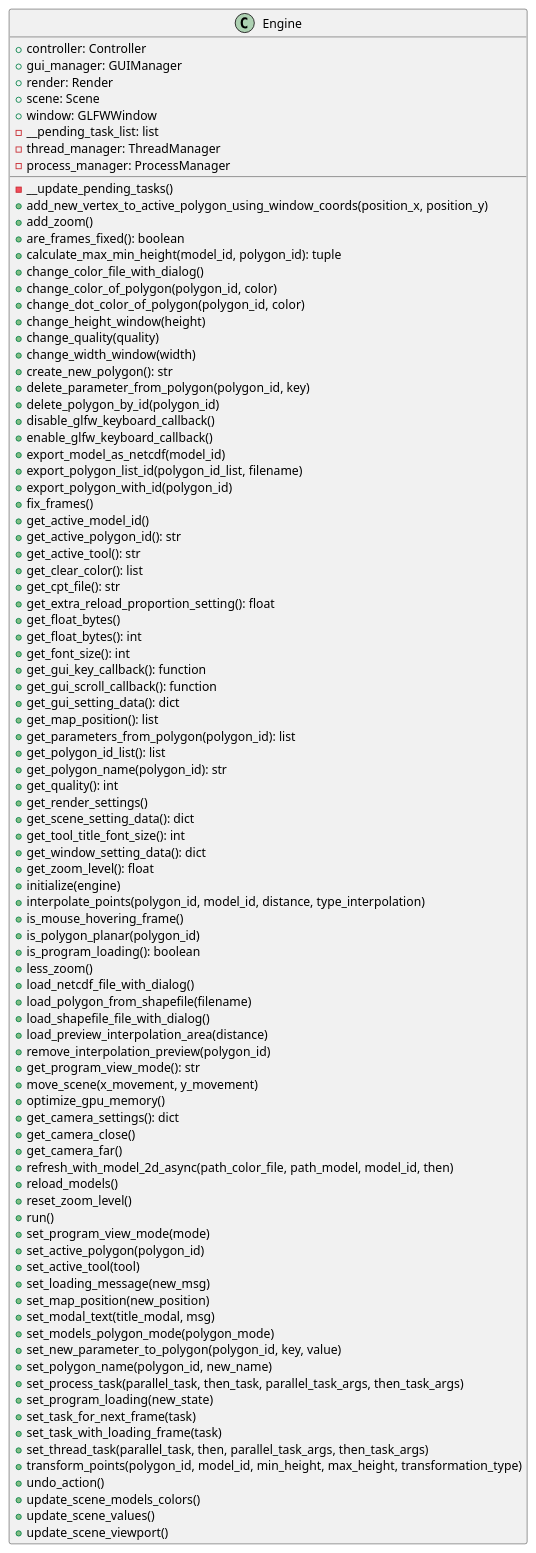
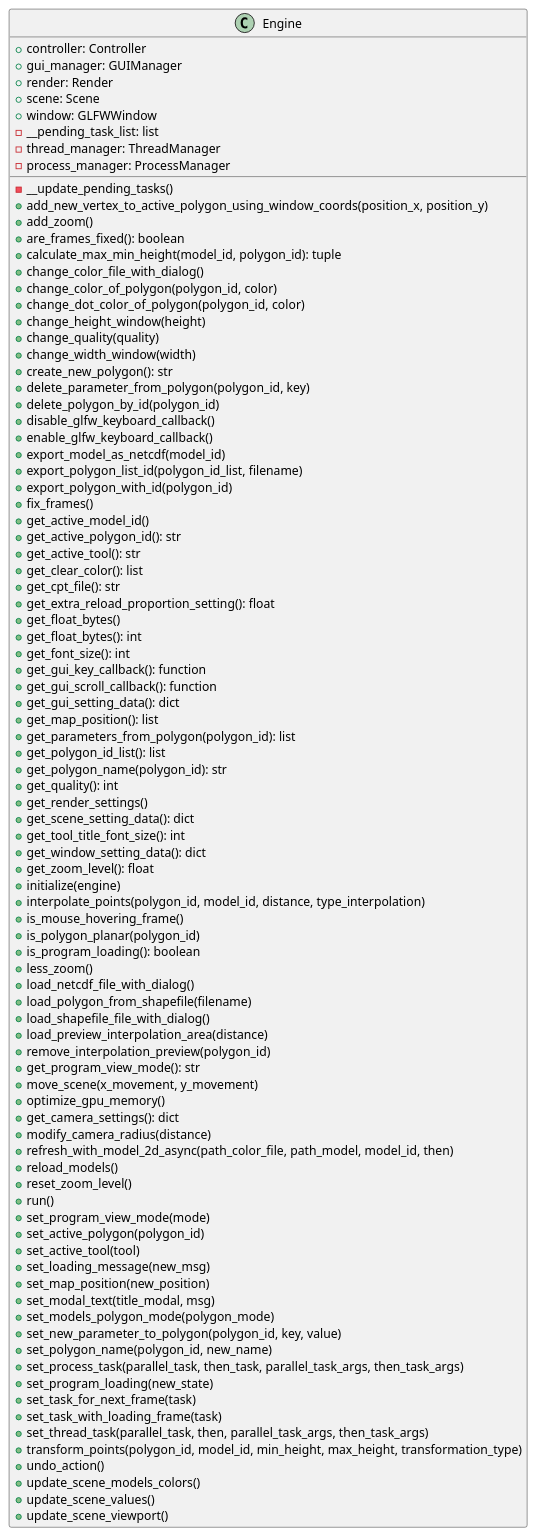
The diagram in docs/classes/Engine.puml (ferpoble2/Relief_Creator), drawn with PlantUML before and after one commit. The commit also changed 6 other files, not shown here.

```diff
--- a/docs/classes/Engine.puml
+++ b/docs/classes/Engine.puml
@@ -1,96 +1,95 @@
 @startuml
 class Engine {
     + controller: Controller
     + gui_manager: GUIManager
     + render: Render
     + scene: Scene
     + window: GLFWWindow
     - __pending_task_list: list
     - thread_manager: ThreadManager
     - process_manager: ProcessManager
 
     - __update_pending_tasks()
     + add_new_vertex_to_active_polygon_using_window_coords(position_x, position_y)
     + add_zoom()
     + are_frames_fixed(): boolean
     + calculate_max_min_height(model_id, polygon_id): tuple
     + change_color_file_with_dialog()
     + change_color_of_polygon(polygon_id, color)
     + change_dot_color_of_polygon(polygon_id,  color)
     + change_height_window(height)
     + change_quality(quality)
     + change_width_window(width)
     + create_new_polygon(): str
     + delete_parameter_from_polygon(polygon_id, key)
     + delete_polygon_by_id(polygon_id)
     + disable_glfw_keyboard_callback()
     + enable_glfw_keyboard_callback()
     + export_model_as_netcdf(model_id)
     + export_polygon_list_id(polygon_id_list, filename)
     + export_polygon_with_id(polygon_id)
     + fix_frames()
     + get_active_model_id()
     + get_active_polygon_id(): str
     + get_active_tool(): str
     + get_clear_color(): list
     + get_cpt_file(): str
     + get_extra_reload_proportion_setting(): float
     + get_float_bytes()
     + get_float_bytes(): int
     + get_font_size(): int
     + get_gui_key_callback(): function
     + get_gui_scroll_callback(): function
     + get_gui_setting_data(): dict
     + get_map_position(): list
     + get_parameters_from_polygon(polygon_id): list
     + get_polygon_id_list(): list
     + get_polygon_name(polygon_id): str
     + get_quality(): int
     + get_render_settings()
     + get_scene_setting_data(): dict
     + get_tool_title_font_size(): int
     + get_window_setting_data(): dict
     + get_zoom_level(): float
     + initialize(engine)
     + interpolate_points(polygon_id, model_id, distance, type_interpolation)
     + is_mouse_hovering_frame()
     + is_polygon_planar(polygon_id)
     + is_program_loading(): boolean
     + less_zoom()
     + load_netcdf_file_with_dialog()
     + load_polygon_from_shapefile(filename)
     + load_shapefile_file_with_dialog()
     + load_preview_interpolation_area(distance)
     + remove_interpolation_preview(polygon_id)
     + get_program_view_mode(): str
     + move_scene(x_movement, y_movement)
     + optimize_gpu_memory()
     + get_camera_settings(): dict
-    + get_camera_close()
-    + get_camera_far()
+    + modify_camera_radius(distance)
     + refresh_with_model_2d_async(path_color_file, path_model, model_id, then)
     + reload_models()
     + reset_zoom_level()
     + run()
     + set_program_view_mode(mode)
     + set_active_polygon(polygon_id)
     + set_active_tool(tool)
     + set_loading_message(new_msg)
     + set_map_position(new_position)
     + set_modal_text(title_modal, msg)
     + set_models_polygon_mode(polygon_mode)
     + set_new_parameter_to_polygon(polygon_id, key, value)
     + set_polygon_name(polygon_id, new_name)
     + set_process_task(parallel_task, then_task, parallel_task_args, then_task_args)
     + set_program_loading(new_state)
     + set_task_for_next_frame(task)
     + set_task_with_loading_frame(task)
     + set_thread_task(parallel_task, then, parallel_task_args, then_task_args)
     + transform_points(polygon_id, model_id, min_height, max_height, transformation_type)
     + undo_action()
     + update_scene_models_colors()
     + update_scene_values()
     + update_scene_viewport()
 }
 
 @enduml
```
